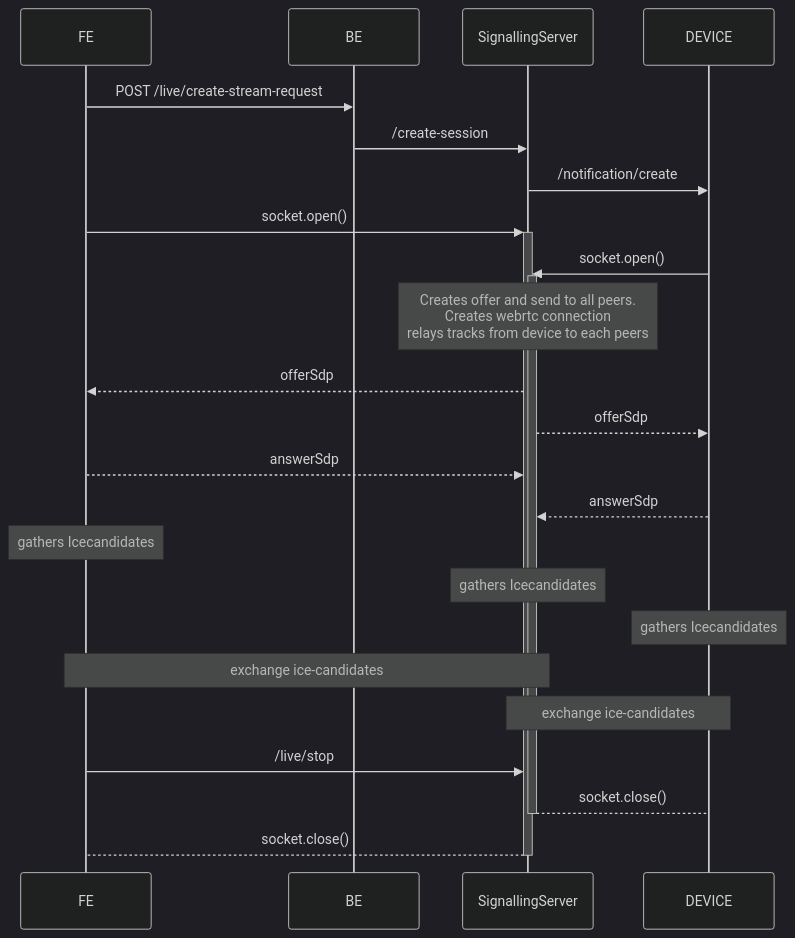
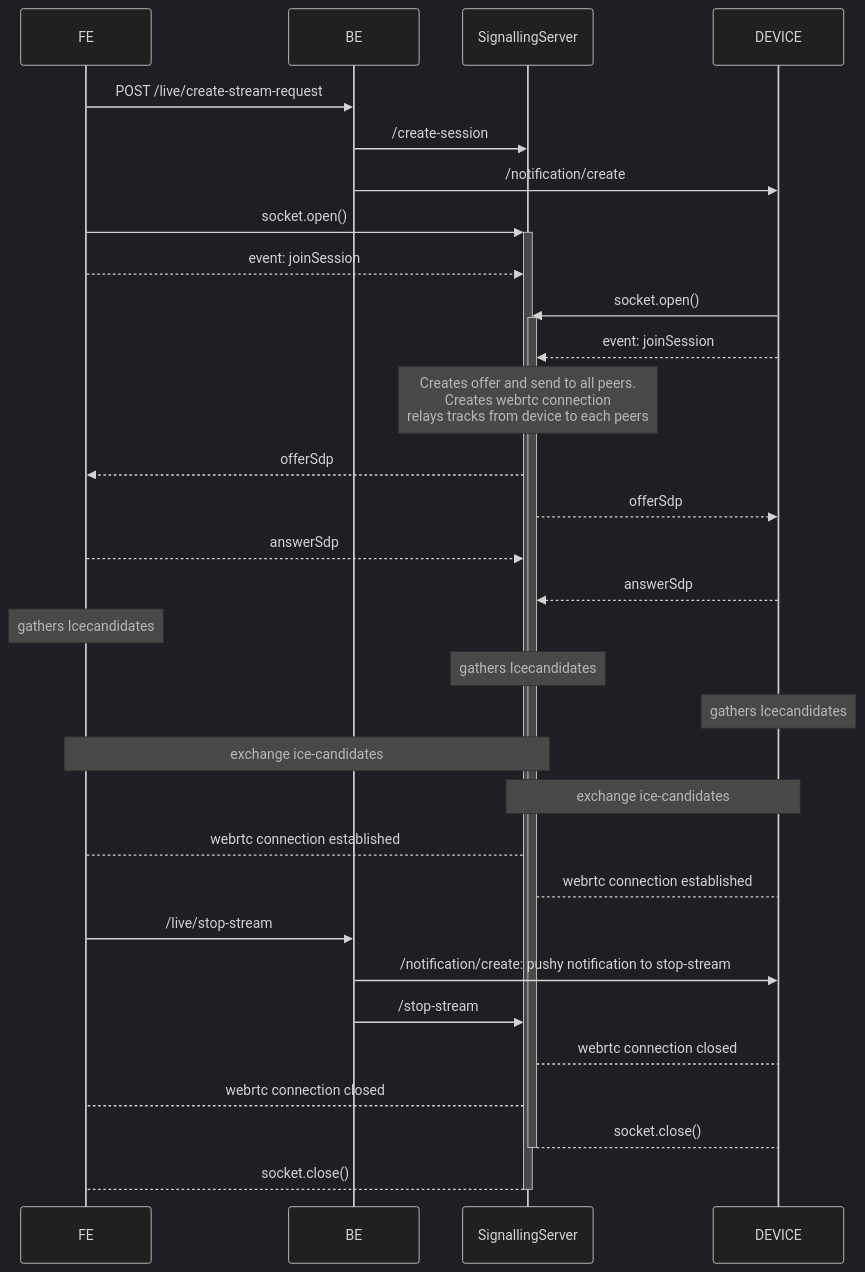
One commit to 0x-pranay/webrtc-working-example changed the first of 2 diagrams in docs.md. Above: the diagram before and after it, drawn with Mermaid (dark theme).

Commit message:
update sequenceDiagram

````diff
--- a/docs.md
+++ b/docs.md
@@ -7,37 +7,45 @@
 ```mermaid
-
 sequenceDiagram
 
 
  participant FE AS FE
 
   participant BE AS BE
   participant SS AS SignallingServer
   participant DEVICE
 
   FE->>BE: POST /live/create-stream-request
   BE->>SS: /create-session
-  SS->>DEVICE: /notification/create
+  BE->>DEVICE: /notification/create
 
 
   FE->>+SS: socket.open()
+  FE-->>SS: event: joinSession
   DEVICE->>+SS: socket.open()
+  DEVICE-->>SS: event: joinSession
   Note over SS: Creates offer and send to all peers. <br/> Creates webrtc connection <br/> relays tracks from device to each peers
 
   SS-->>FE: offerSdp
   SS-->>DEVICE: offerSdp
   FE-->>SS: answerSdp
   DEVICE-->>SS: answerSdp
   Note over FE: gathers Icecandidates
   Note over SS: gathers Icecandidates
   Note over DEVICE: gathers Icecandidates
 
   Note over FE,SS: exchange ice-candidates
   Note over SS,DEVICE: exchange ice-candidates
 
-  FE ->>SS: /live/stop
+  FE-->SS: webrtc connection established
+  SS-->DEVICE: webrtc connection established
+
+  FE ->>BE: /live/stop-stream
+  BE->>DEVICE: /notification/create: pushy notification to stop-stream
+  BE->>SS: /stop-stream
+  SS-->DEVICE: webrtc connection closed
+  SS-->FE: webrtc connection closed
   SS-->-DEVICE: socket.close()
 
   SS-->-FE: socket.close()
 
 ```
````
